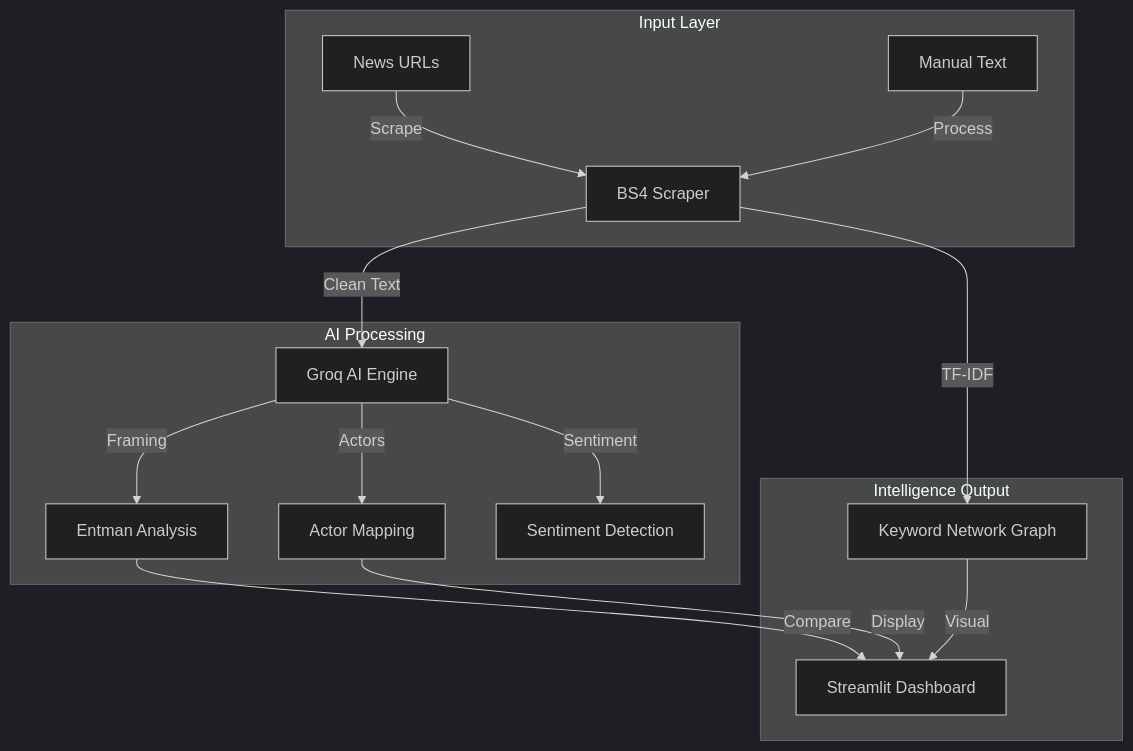
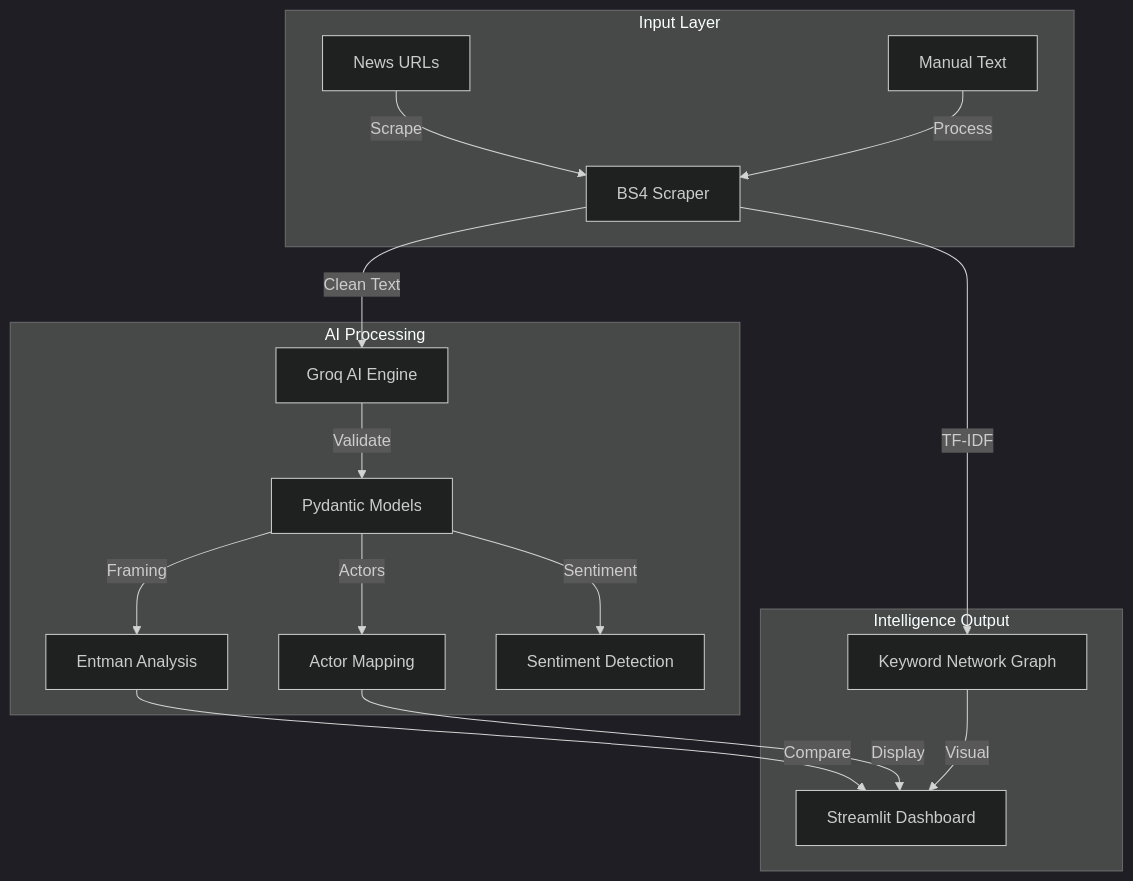
The diagram in README.md (flxhrdyn/llm-news-framing-analysis), drawn with Mermaid (dark theme) before and after one commit. The commit also changed other lines of this file and 8 other files, not shown here.

````diff
--- a/README.md
+++ b/README.md
@@ -44,21 +46,22 @@
 ```mermaid
 graph TD
     subgraph Input_Layer [Input Layer]
         URL[News URLs] -->|Scrape| SCR[BS4 Scraper]
         TXT[Manual Text] -->|Process| SCR
     end
     
     subgraph Analysis_Layer [AI Processing]
         SCR -->|Clean Text| LLM[Groq AI Engine]
-        LLM -->|Framing| FRM[Entman Analysis]
-        LLM -->|Actors| ACT[Actor Mapping]
-        LLM -->|Sentiment| SNT[Sentiment Detection]
+        LLM -->|Validate| PYD[Pydantic Models]
+        PYD -->|Framing| FRM[Entman Analysis]
+        PYD -->|Actors| ACT[Actor Mapping]
+        PYD -->|Sentiment| SNT[Sentiment Detection]
     end
     
     subgraph Visualization_Layer [Intelligence Output]
         FRM -->|Compare| UI[Streamlit Dashboard]
         ACT -->|Display| UI
         SCR -->|TF-IDF| GRPH[Keyword Network Graph]
         GRPH -->|Visual| UI
     end
 ```
````
